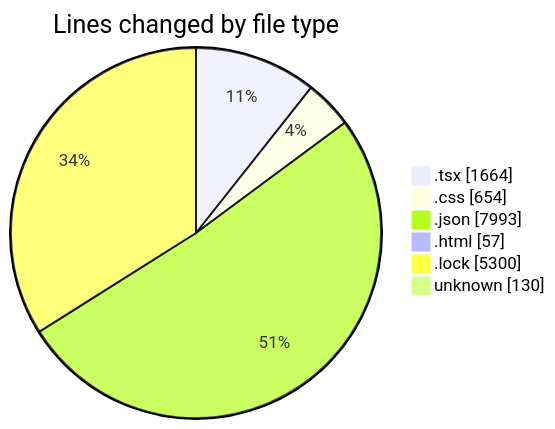
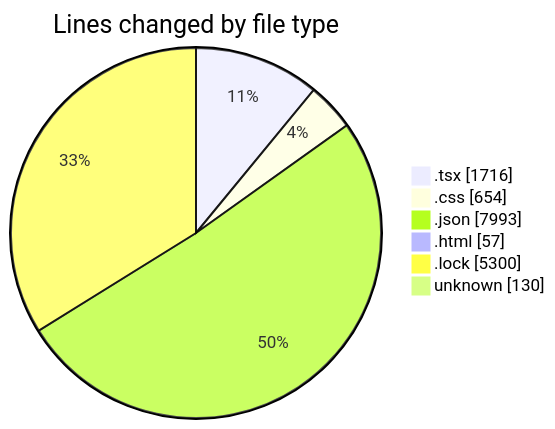
One commit to EIIisD/code-tracking changed the first of 2 diagrams in 2025-08-12/ribbon/README.md. Above: the diagram before and after it, drawn with Mermaid. The commit also changed other lines of this file and 1 other file, not shown here.

````diff
--- a/2025-08-12/ribbon/README.md
+++ b/2025-08-12/ribbon/README.md
@@ -36,10 +36,10 @@
 ```mermaid
 pie showData
 title Lines changed by file type
-".tsx" : 1664
+".tsx" : 1716
 ".css" : 654
 ".json" : 7993
 ".html" : 57
 ".lock" : 5300
 "unknown" : 130
 ```
````
